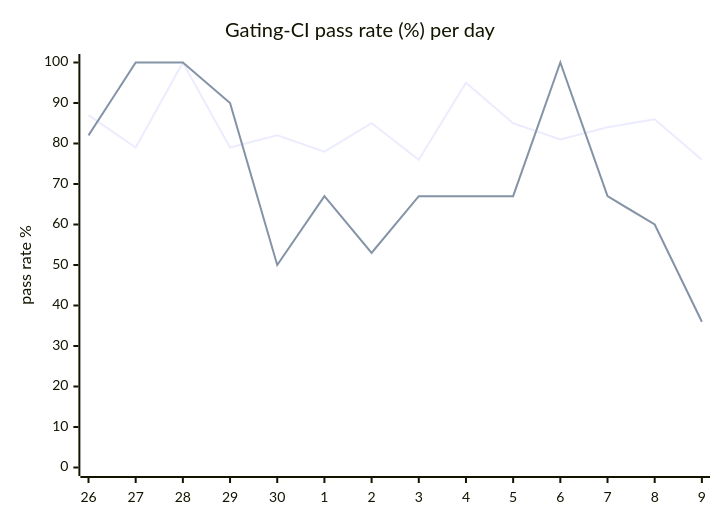
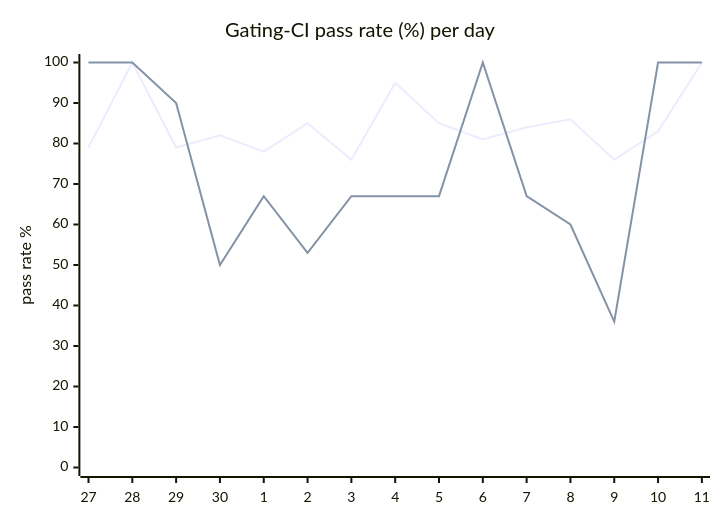
Before and after one commit to hatchet-dev/hatchet: the diagram in hack/ci/ci-dashboard/staging/issue.md, drawn with Mermaid. The commit also changed other lines of this file, not shown here.

````diff
--- a/hack/ci/ci-dashboard/staging/issue.md
+++ b/hack/ci/ci-dashboard/staging/issue.md
@@ -9,8 +9,8 @@
 ```mermaid
 xychart-beta
   title "Gating-CI pass rate (%) per day"
-  x-axis [26, 27, 28, 29, 30, 1, 2, 3, 4, 5, 6, 7, 8, 9]
+  x-axis [27, 28, 29, 30, 1, 2, 3, 4, 5, 6, 7, 8, 9, 10, 11]
   y-axis "pass rate %" 0 --> 100
-  line "CI" [87, 79, 100, 79, 82, 78, 85, 76, 95, 85, 81, 84, 86, 76]
-  line "main" [82, 100, 100, 90, 50, 67, 53, 67, 67, 67, 100, 67, 60, 36]
+  line "CI" [79, 100, 79, 82, 78, 85, 76, 95, 85, 81, 84, 86, 76, 83, 100]
+  line "main" [100, 100, 90, 50, 67, 53, 67, 67, 67, 100, 67, 60, 36, 100, 100]
 ```
````
